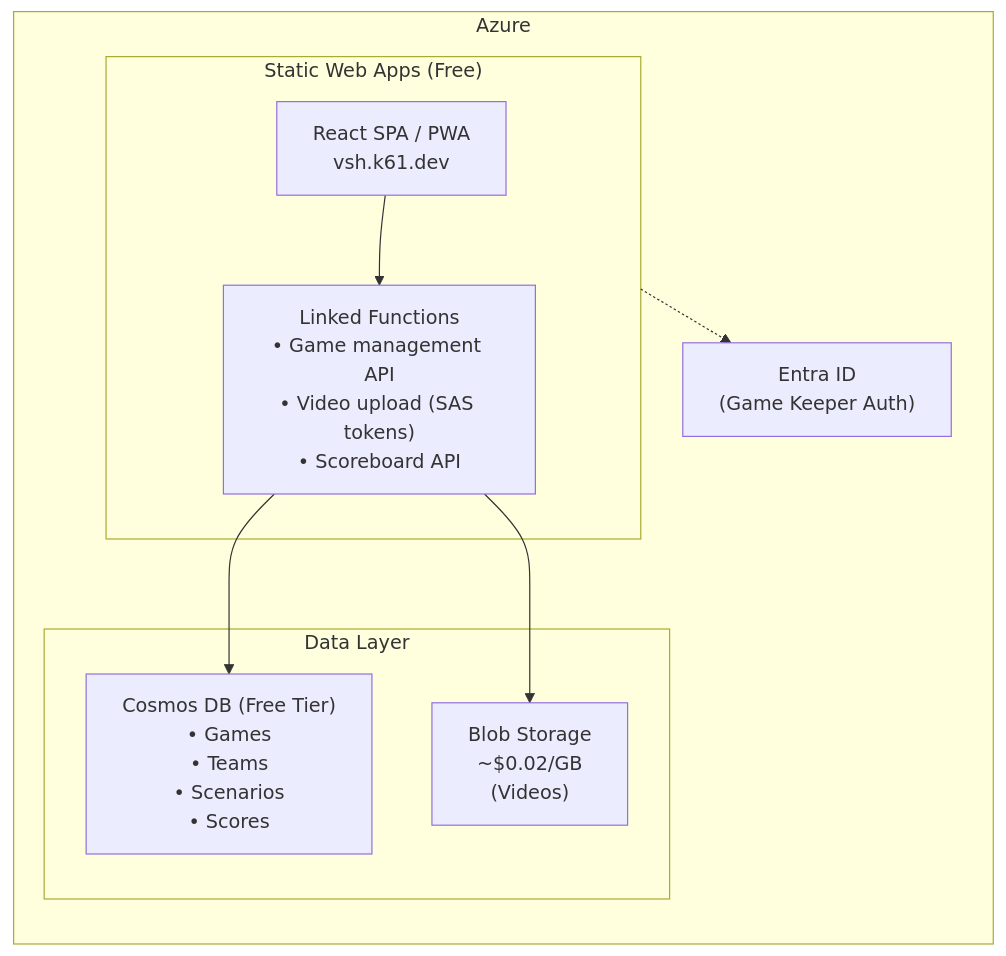
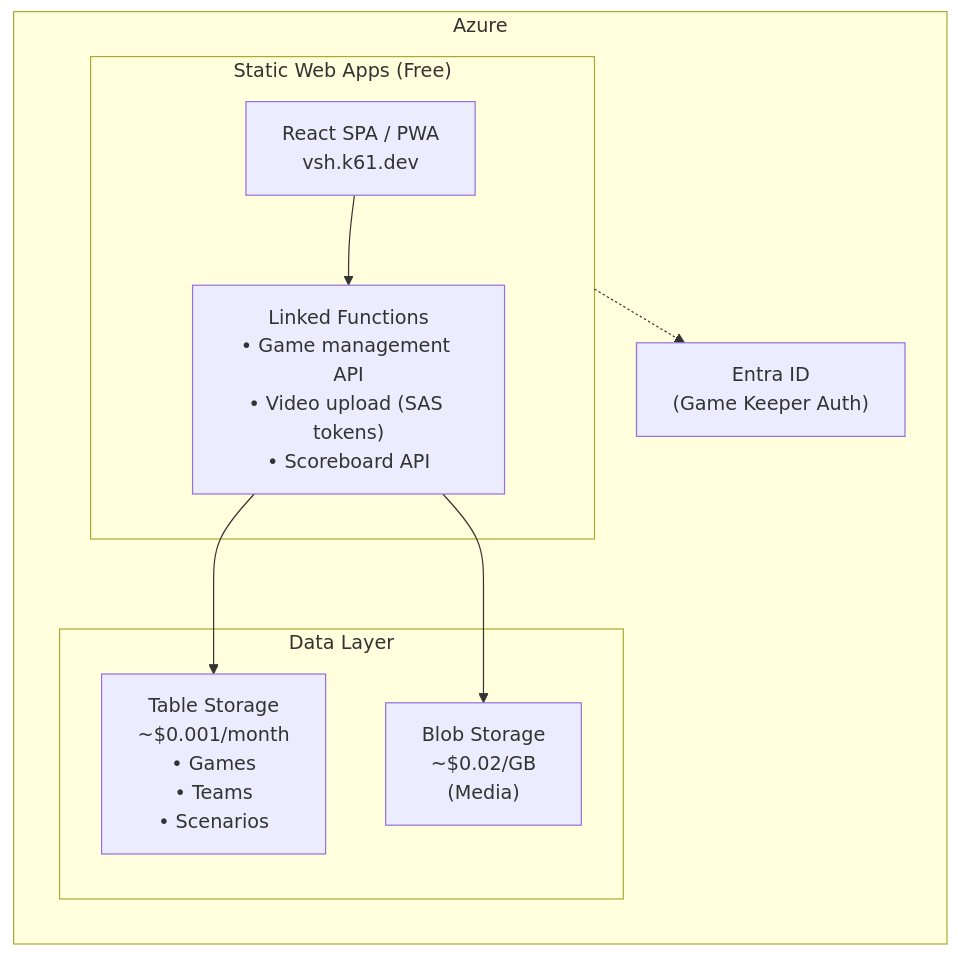
The diagram in docs/plan.md (kurtzeborn/scavenger-hunt), drawn with Mermaid before and after one commit. The commit also changed other lines of this file, not shown here.

Commit message:
Replace Cosmos DB with Table Storage, add detailed cost estimates

````diff
--- a/docs/plan.md
+++ b/docs/plan.md
@@ -81,21 +81,21 @@
 ```mermaid
 flowchart LR
     subgraph Azure["Azure"]
         subgraph SWA["Static Web Apps (Free)"]
             PWA["React SPA / PWA<br/>vsh.k61.dev"]
             Functions["Linked Functions<br/>• Game management API<br/>• Video upload (SAS tokens)<br/>• Scoreboard API"]
         end
         
         subgraph Data["Data Layer"]
-            Cosmos["Cosmos DB (Free Tier)<br/>• Games<br/>• Teams<br/>• Scenarios<br/>• Scores"]
-            Blob["Blob Storage<br/>~$0.02/GB<br/>(Videos)"]
+            Tables["Table Storage<br/>~$0.001/month<br/>• Games<br/>• Teams<br/>• Scenarios"]
+            Blob["Blob Storage<br/>~$0.02/GB<br/>(Media)"]
         end
         
         EntraID["Entra ID<br/>(Game Keeper Auth)"]
     end
     
     PWA --> Functions
-    Functions --> Cosmos
+    Functions --> Tables
     Functions --> Blob
     SWA -.-> EntraID
 ```
````
